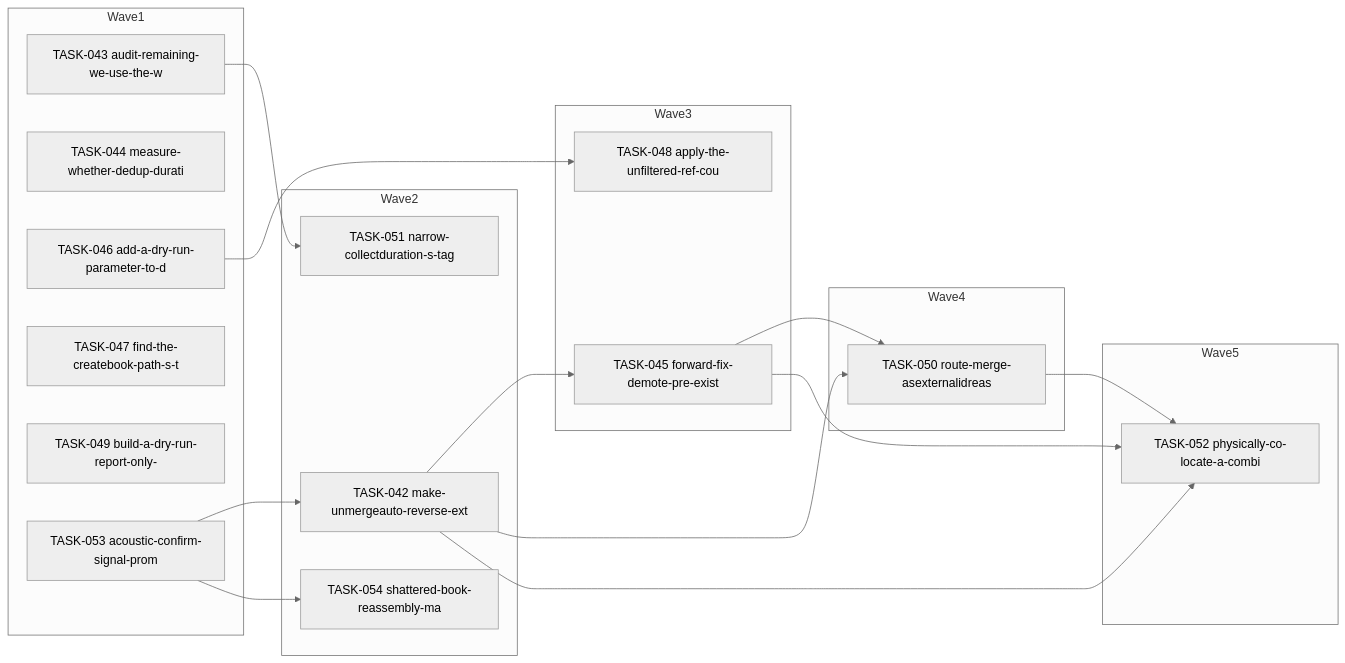
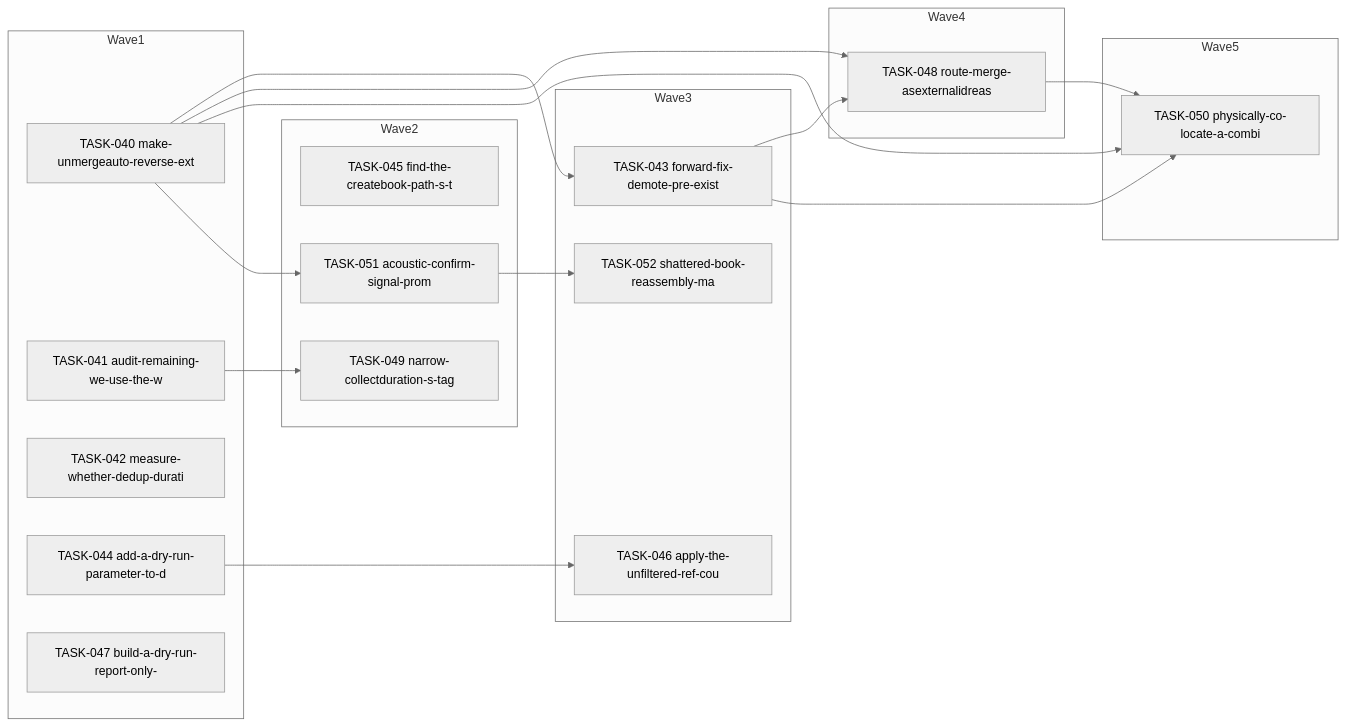
The diagram in docs/agent-tasks/todo-completion/dedup/orchestration.md (falkcorp/audiobook-organizer), drawn with Mermaid (neutral theme) before and after one commit. The commit also changed other lines of this file and 428 other files, not shown here.

````diff
--- a/docs/agent-tasks/todo-completion/dedup/orchestration.md
+++ b/docs/agent-tasks/todo-completion/dedup/orchestration.md
@@ -12,36 +12,36 @@
 ```mermaid
 flowchart LR
     subgraph Wave1
-      TASK043[TASK-043 audit-remaining-we-use-the-w]
-      TASK044[TASK-044 measure-whether-dedup-durati]
-      TASK046[TASK-046 add-a-dry-run-parameter-to-d]
-      TASK047[TASK-047 find-the-createbook-path-s-t]
-      TASK049[TASK-049 build-a-dry-run-report-only-]
-      TASK053[TASK-053 acoustic-confirm-signal-prom]
+      TASK040[TASK-040 make-unmergeauto-reverse-ext]
+      TASK041[TASK-041 audit-remaining-we-use-the-w]
+      TASK042[TASK-042 measure-whether-dedup-durati]
+      TASK044[TASK-044 add-a-dry-run-parameter-to-d]
+      TASK047[TASK-047 build-a-dry-run-report-only-]
     end
     subgraph Wave2
-      TASK042[TASK-042 make-unmergeauto-reverse-ext]
-      TASK051[TASK-051 narrow-collectduration-s-tag]
-      TASK054[TASK-054 shattered-book-reassembly-ma]
+      TASK045[TASK-045 find-the-createbook-path-s-t]
+      TASK049[TASK-049 narrow-collectduration-s-tag]
+      TASK051[TASK-051 acoustic-confirm-signal-prom]
     end
     subgraph Wave3
-      TASK045[TASK-045 forward-fix-demote-pre-exist]
-      TASK048[TASK-048 apply-the-unfiltered-ref-cou]
+      TASK043[TASK-043 forward-fix-demote-pre-exist]
+      TASK046[TASK-046 apply-the-unfiltered-ref-cou]
+      TASK052[TASK-052 shattered-book-reassembly-ma]
     end
     subgraph Wave4
-      TASK050[TASK-050 route-merge-asexternalidreas]
+      TASK048[TASK-048 route-merge-asexternalidreas]
     end
     subgraph Wave5
-      TASK052[TASK-052 physically-co-locate-a-combi]
+      TASK050[TASK-050 physically-co-locate-a-combi]
     end
-    TASK042 --> TASK045
-    TASK042 --> TASK050
-    TASK042 --> TASK052
-    TASK043 --> TASK051
-    TASK045 --> TASK050
-    TASK045 --> TASK052
-    TASK046 --> TASK048
-    TASK050 --> TASK052
-    TASK053 --> TASK042
-    TASK053 --> TASK054
+    TASK040 --> TASK043
+    TASK040 --> TASK048
+    TASK040 --> TASK050
+    TASK040 --> TASK051
+    TASK041 --> TASK049
+    TASK043 --> TASK048
+    TASK043 --> TASK050
+    TASK044 --> TASK046
+    TASK048 --> TASK050
+    TASK051 --> TASK052
 ```
````
